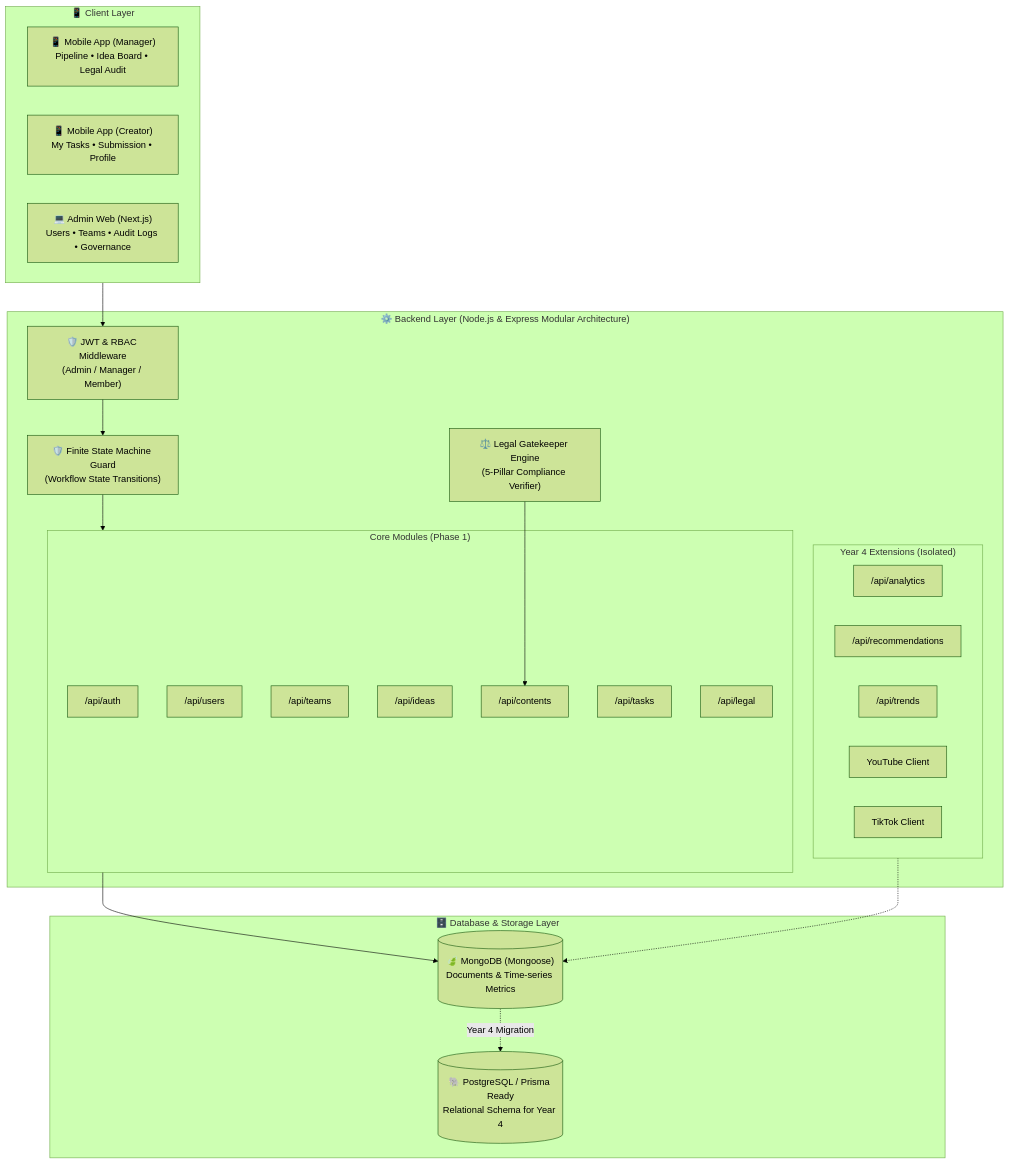
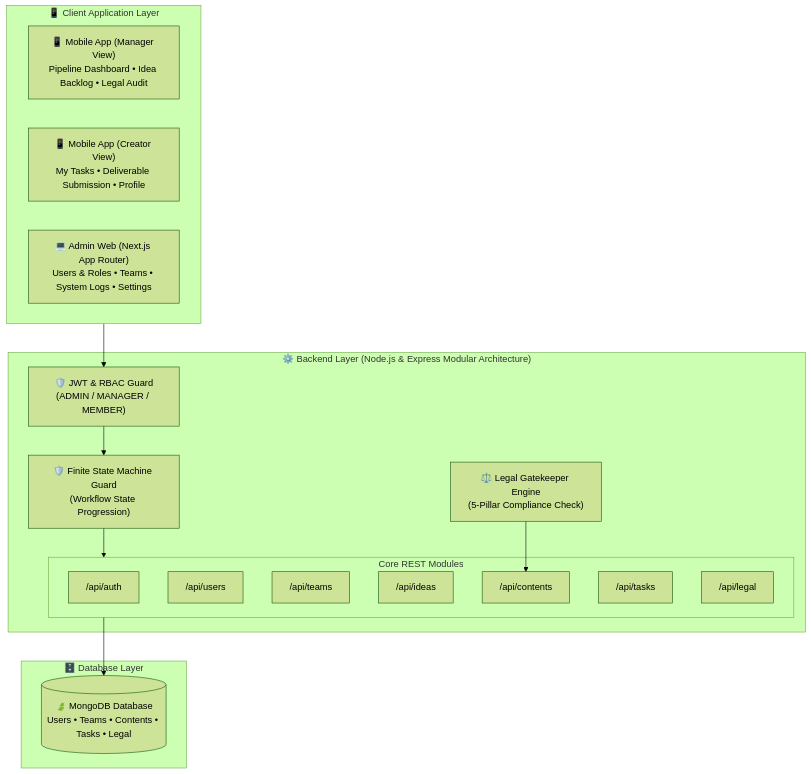
One commit to Starlight142/Content-Management-System changed the diagram in README.md. Above: the diagram before and after it, drawn with Mermaid (forest theme). The commit also changed other lines of this file, not shown here.

Commit message:
docs: streamline main README to focus strictly on delivered core and 7 UML deliverables

````diff
--- a/README.md
+++ b/README.md
@@ -48,48 +49,37 @@
 ```mermaid
 flowchart TD
-    %% Clients Layer
-    subgraph Clients["📱 Client Layer"]
-        MobileManager["📱 Mobile App (Manager)\nPipeline • Idea Board • Legal Audit"]
-        MobileCreator["📱 Mobile App (Creator)\nMy Tasks • Submission • Profile"]
-        WebAdmin["💻 Admin Web (Next.js)\nUsers • Teams • Audit Logs • Governance"]
+    %% Client Layer
+    subgraph Clients["📱 Client Application Layer"]
+        ManagerApp["📱 Mobile App (Manager View)\nPipeline Dashboard • Idea Backlog • Legal Audit"]
+        CreatorApp["📱 Mobile App (Creator View)\nMy Tasks • Deliverable Submission • Profile"]
+        AdminWeb["💻 Admin Web (Next.js App Router)\nUsers & Roles • Teams • System Logs • Settings"]
     end
 
-    %% Backend Layer
-    subgraph BackendEngine["⚙️ Backend Layer (Node.js & Express Modular Architecture)"]
-        AuthMiddleware["🛡️ JWT & RBAC Middleware\n(Admin / Manager / Member)"]
-        FSMGuard["🛡️ Finite State Machine Guard\n(Workflow State Transitions)"]
-        LegalEngine["⚖️ Legal Gatekeeper Engine\n(5-Pillar Compliance Verifier)"]
+    %% Backend Engine
+    subgraph Backend["⚙️ Backend Layer (Node.js & Express Modular Architecture)"]
+        AuthMiddleware["🛡️ JWT & RBAC Guard\n(ADMIN / MANAGER / MEMBER)"]
+        StateGuard["🛡️ Finite State Machine Guard\n(Workflow State Progression)"]
+        LegalGatekeeper["⚖️ Legal Gatekeeper Engine\n(5-Pillar Compliance Check)"]
         
-        subgraph CoreModules["Core Modules (Phase 1)"]
-            M_Auth["/api/auth"]
-            M_Users["/api/users"]
-            M_Teams["/api/teams"]
-            M_Ideas["/api/ideas"]
-            M_Contents["/api/contents"]
-            M_Tasks["/api/tasks"]
-            M_Legal["/api/legal"]
-        end
-
-        subgraph Year4Modules["Year 4 Extensions (Isolated)"]
-            Ext_Analytics["/api/analytics"]
-            Ext_Rec["/api/recommendations"]
-            Ext_Trends["/api/trends"]
-            Client_YT["YouTube Client"]
-            Client_TT["TikTok Client"]
+        subgraph CoreAPIs["Core REST Modules"]
+            API_Auth["/api/auth"]
+            API_Users["/api/users"]
+            API_Teams["/api/teams"]
+            API_Ideas["/api/ideas"]
+            API_Contents["/api/contents"]
+            API_Tasks["/api/tasks"]
+            API_Legal["/api/legal"]
         end
     end
 
     %% Database Layer
-    subgraph DataStorage["🗄️ Database & Storage Layer"]
-        MongoDB[("🍃 MongoDB (Mongoose)\nDocuments & Time-series Metrics")]
-        PostgresPrisma[("🐘 PostgreSQL / Prisma Ready\nRelational Schema for Year 4")]
+    subgraph Database["🗄️ Database Layer"]
+        MongoDB[("🍃 MongoDB Database\nUsers • Teams • Contents • Tasks • Legal")]
     end
 
     Clients --> AuthMiddleware
-    AuthMiddleware --> FSMGuard
-    FSMGuard --> CoreModules
-    LegalEngine --> M_Contents
-    CoreModules --> MongoDB
-    Year4Modules -.-> MongoDB
-    MongoDB -.->|Year 4 Migration| PostgresPrisma
+    AuthMiddleware --> StateGuard
+    StateGuard --> CoreAPIs
+    LegalGatekeeper --> API_Contents
+    CoreAPIs --> MongoDB
 ```
````
